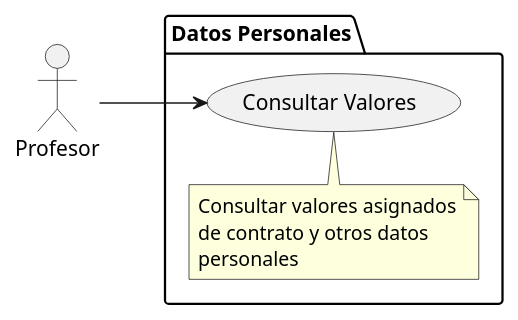
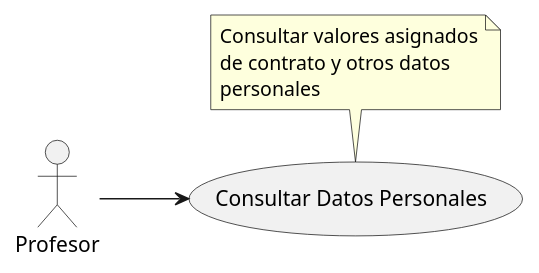
Before and after one commit to mmasias/24-25-IdSw1-SDR: the diagram in modelosUML/CdU/Individuales/ConsultarDatosPersonales.puml, drawn with PlantUML. The commit also changed 17 other files, not shown here.

Commit message:
Actualizar diagramas de casos de uso para mejorar la claridad y consistencia de los nombres y notas, y eliminar paquetes innecesarios.

```diff
--- a/modelosUML/CdU/Individuales/ConsultarDatosPersonales.puml
+++ b/modelosUML/CdU/Individuales/ConsultarDatosPersonales.puml
@@ -1,16 +1,14 @@
 @startuml
 left to right direction
 
 actor "Profesor" as prof
 
-package "Datos Personales" as datosPersonalesPackage {
-    usecase "Consultar Valores" as consultaValores
-    note top of consultaValores
-        Consultar valores asignados
-        de contrato y otros datos
-        personales
-    end note
-}
+usecase "Consultar Datos Personales" as consultaValores
+note top of consultaValores
+    Consultar valores asignados
+    de contrato y otros datos
+    personales
+end note
 
 prof --> consultaValores
 @enduml
```
